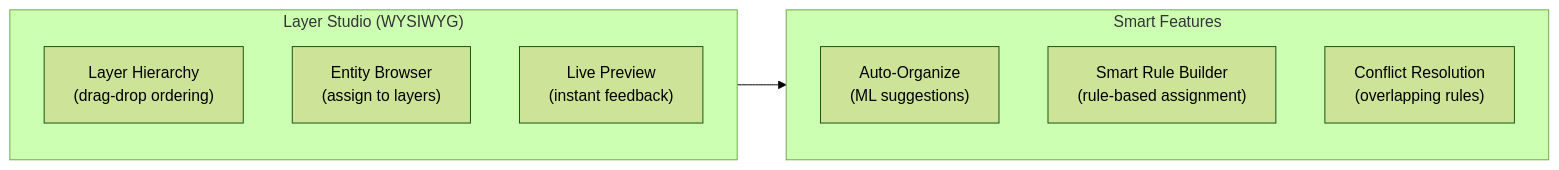
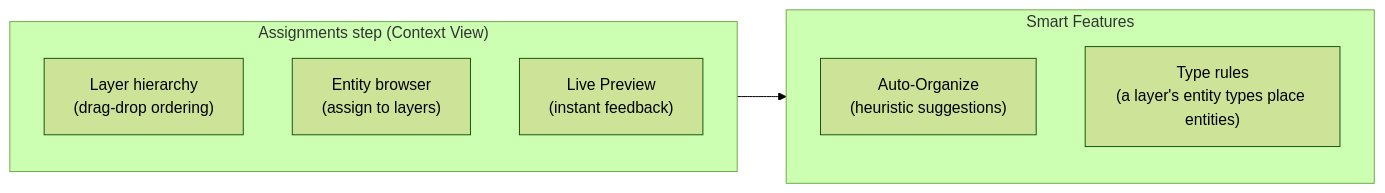
One commit to rkrumins/dataviz changed the sixth of 10 diagrams in docs/OVERVIEW.md. Above: the diagram before and after it, drawn with Mermaid (forest theme). The commit also changed other lines of this file and 9 other files, not shown here.

````diff
--- a/docs/OVERVIEW.md
+++ b/docs/OVERVIEW.md
@@ -260,17 +253,16 @@
 ```mermaid
-graph LR
-    subgraph Studio["Layer Studio (WYSIWYG)"]
-        Left["Layer Hierarchy<br/>(drag-drop ordering)"]
-        Center["Entity Browser<br/>(assign to layers)"]
+flowchart LR
+    subgraph Editor["Assignments step (Context View)"]
+        Left["Layer hierarchy<br/>(drag-drop ordering)"]
+        Center["Entity browser<br/>(assign to layers)"]
         Right["Live Preview<br/>(instant feedback)"]
     end
 
     subgraph Smart["Smart Features"]
-        Auto["Auto-Organize<br/>(ML suggestions)"]
-        Rules["Smart Rule Builder<br/>(rule-based assignment)"]
-        Conflict["Conflict Resolution<br/>(overlapping rules)"]
+        Auto["Auto-Organize<br/>(heuristic suggestions)"]
+        Rules["Type rules<br/>(a layer's entity types place entities)"]
     end
 
-    Studio --> Smart
+    Editor --> Smart
 
 ```
````
